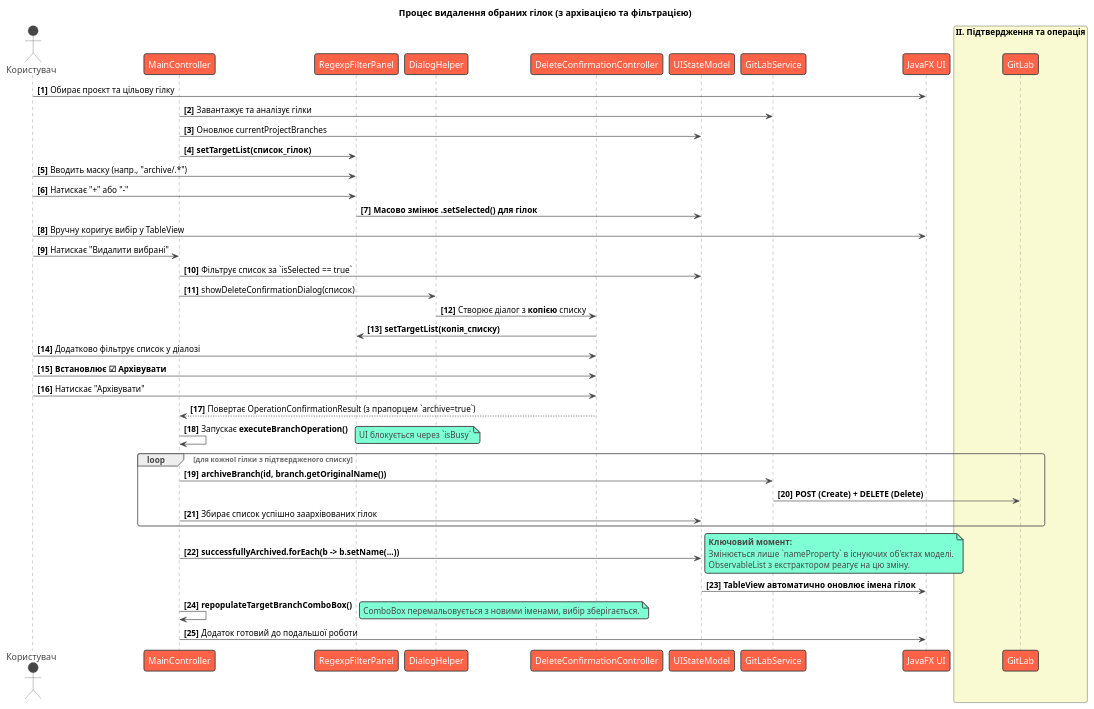
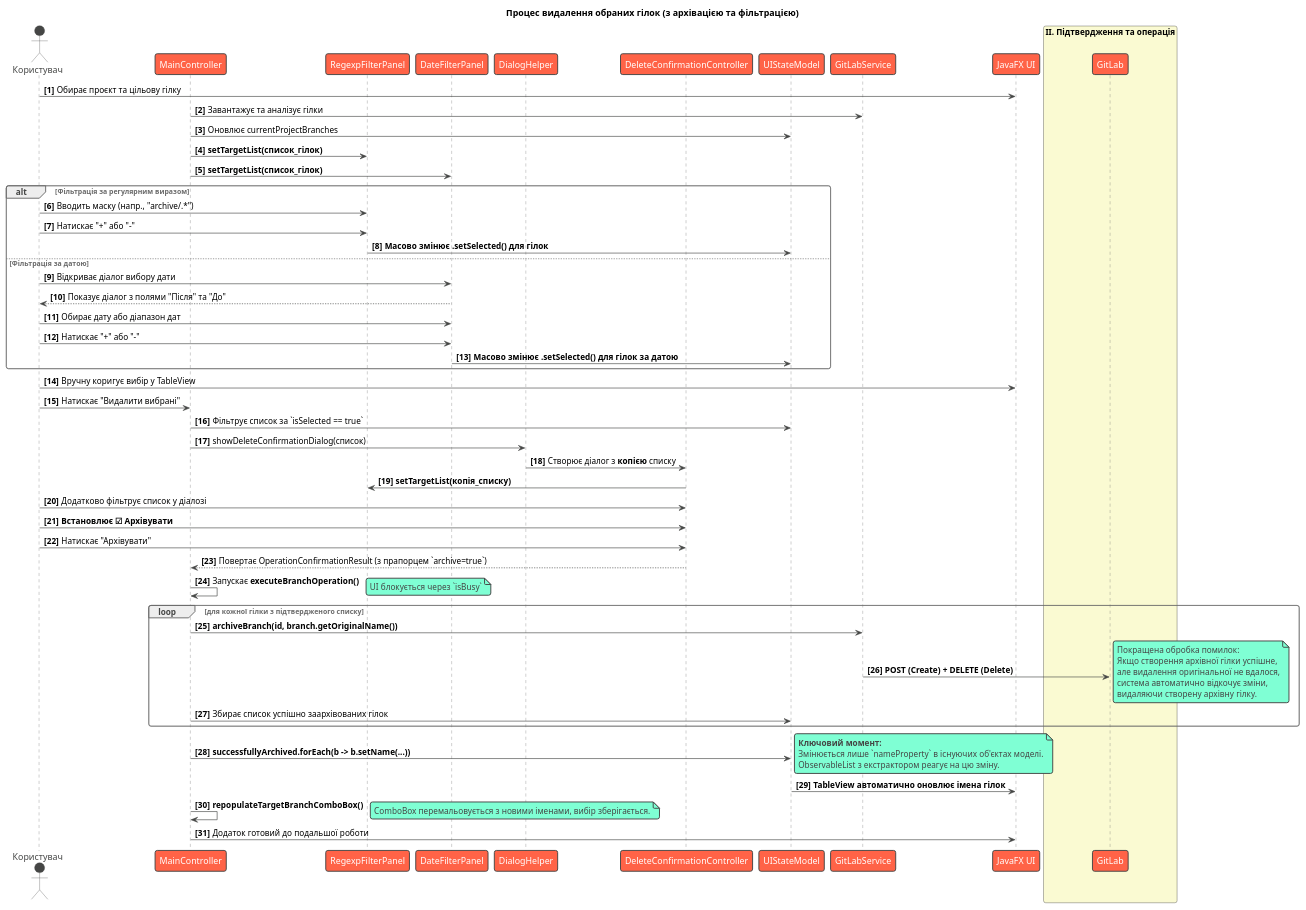
The diagram in src/main/docs/delete_selected.puml (pashkazp/gitlaberfx), drawn with PlantUML before and after one commit. The commit also changed 10 other files, not shown here.

```diff
--- a/src/main/docs/delete_selected.puml
+++ b/src/main/docs/delete_selected.puml
@@ -1,64 +1,82 @@
 @startuml
 !theme vibrant
 title Процес видалення обраних гілок (з архівацією та фільтрацією)
 
 actor Користувач as User
 participant "MainController" as Controller
-participant "RegexpFilterPanel" as Filter
+participant "RegexpFilterPanel" as RegexpFilter
+participant "DateFilterPanel" as DateFilter
 participant "DialogHelper" as Helper
 participant "DeleteConfirmationController" as Dialog
 participant "UIStateModel" as Model
 participant "GitLabService" as Service
 participant "JavaFX UI" as UI
 
 autonumber "<b>[0]"
 
 box "I. Підготовка та вибір" #LightCyan
     User -> UI: Обирає проєкт та цільову гілку
     Controller -> Service: Завантажує та аналізує гілки
     Controller -> Model: Оновлює currentProjectBranches
-    Controller -> Filter: **setTargetList(список_гілок)**
+    Controller -> RegexpFilter: **setTargetList(список_гілок)**
+    Controller -> DateFilter: **setTargetList(список_гілок)**
 
-    User -> Filter: Вводить маску (напр., "archive/.*")
-    User -> Filter: Натискає "+" або "-"
-    Filter -> Model: **Масово змінює .setSelected() для гілок**
+    alt Фільтрація за регулярним виразом
+        User -> RegexpFilter: Вводить маску (напр., "archive/.*")
+        User -> RegexpFilter: Натискає "+" або "-"
+        RegexpFilter -> Model: **Масово змінює .setSelected() для гілок**
+    else Фільтрація за датою
+        User -> DateFilter: Відкриває діалог вибору дати
+        DateFilter --> User: Показує діалог з полями "Після" та "До"
+        User -> DateFilter: Обирає дату або діапазон дат
+        User -> DateFilter: Натискає "+" або "-"
+        DateFilter -> Model: **Масово змінює .setSelected() для гілок за датою**
+    end
+
     User -> UI: Вручну коригує вибір у TableView
 end box
 
 box "II. Підтвердження та операція" #LightGoldenRodYellow
     User -> Controller: Натискає "Видалити вибрані"
     Controller -> Model: Фільтрує список за `isSelected == true`
     Controller -> Helper: showDeleteConfirmationDialog(список)
     Helper -> Dialog: Створює діалог з **копією** списку
-    Dialog -> Filter: **setTargetList(копія_списку)**
+    Dialog -> RegexpFilter: **setTargetList(копія_списку)**
 
     User -> Dialog: Додатково фільтрує список у діалозі
     User -> Dialog: **Встановлює ☑ Архівувати**
     User -> Dialog: Натискає "Архівувати"
     Dialog --> Controller: Повертає OperationConfirmationResult (з прапорцем `archive=true`)
 
     Controller -> Controller: Запускає **executeBranchOperation()**
     note right: UI блокується через `isBusy`
     loop для кожної гілки з підтвердженого списку
         Controller -> Service: **archiveBranch(id, branch.getOriginalName())**
         Service -> GitLab: **POST (Create) + DELETE (Delete)**
+        note right
+            Покращена обробка помилок:
+            Якщо створення архівної гілки успішне,
+            але видалення оригінальної не вдалося,
+            система автоматично відкочує зміни,
+            видаляючи створену архівну гілку.
+        end note
         Controller -> Model: Збирає список успішно заархівованих гілок
     end
 end box
 
 box "III. Елегантне оновлення UI" #LightGreen
     Controller -> Model: **successfullyArchived.forEach(b -> b.setName(...))**
     note right
         **Ключовий момент:**
         Змінюється лише `nameProperty` в існуючих об'єктах моделі.
         ObservableList з екстрактором реагує на цю зміну.
     end note
 
     Model -> UI: **TableView автоматично оновлює імена гілок**
     Controller -> Controller: **repopulateTargetBranchComboBox()**
     note right: ComboBox перемальовується з новими іменами, вибір зберігається.
 
     Controller -> UI: Додаток готовий до подальшої роботи
 end box
 
 @enduml
```
